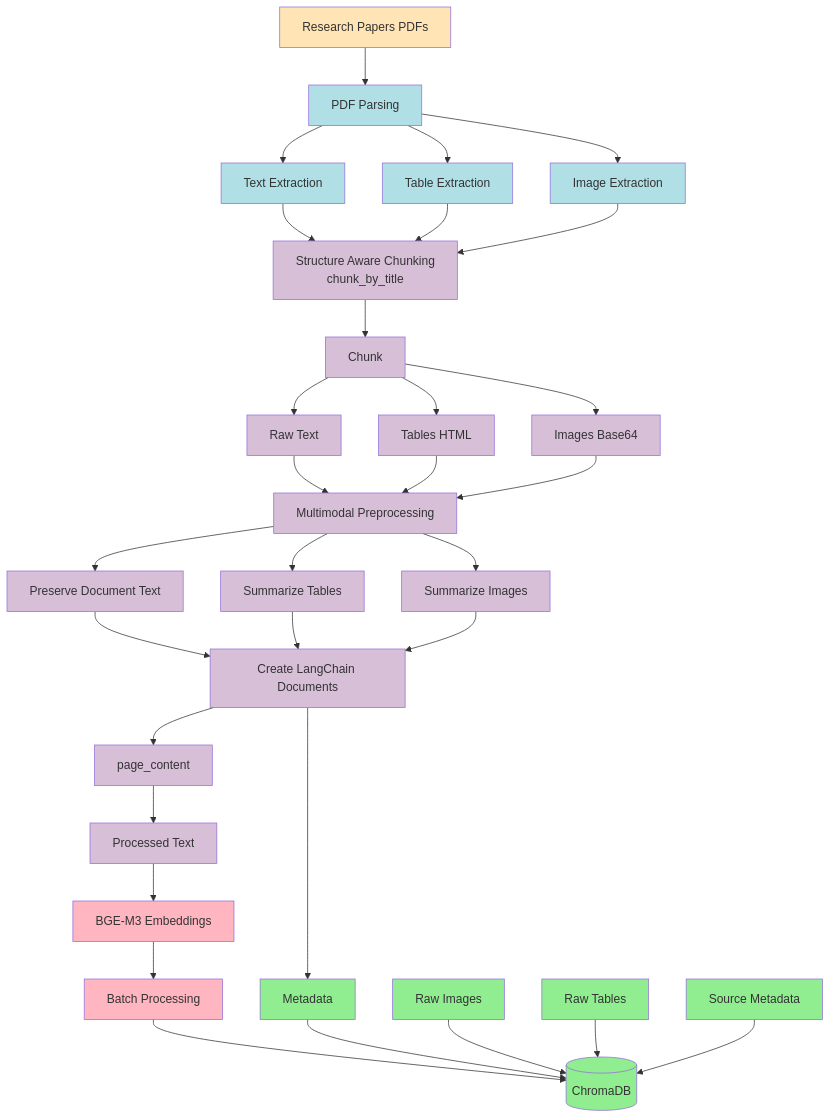
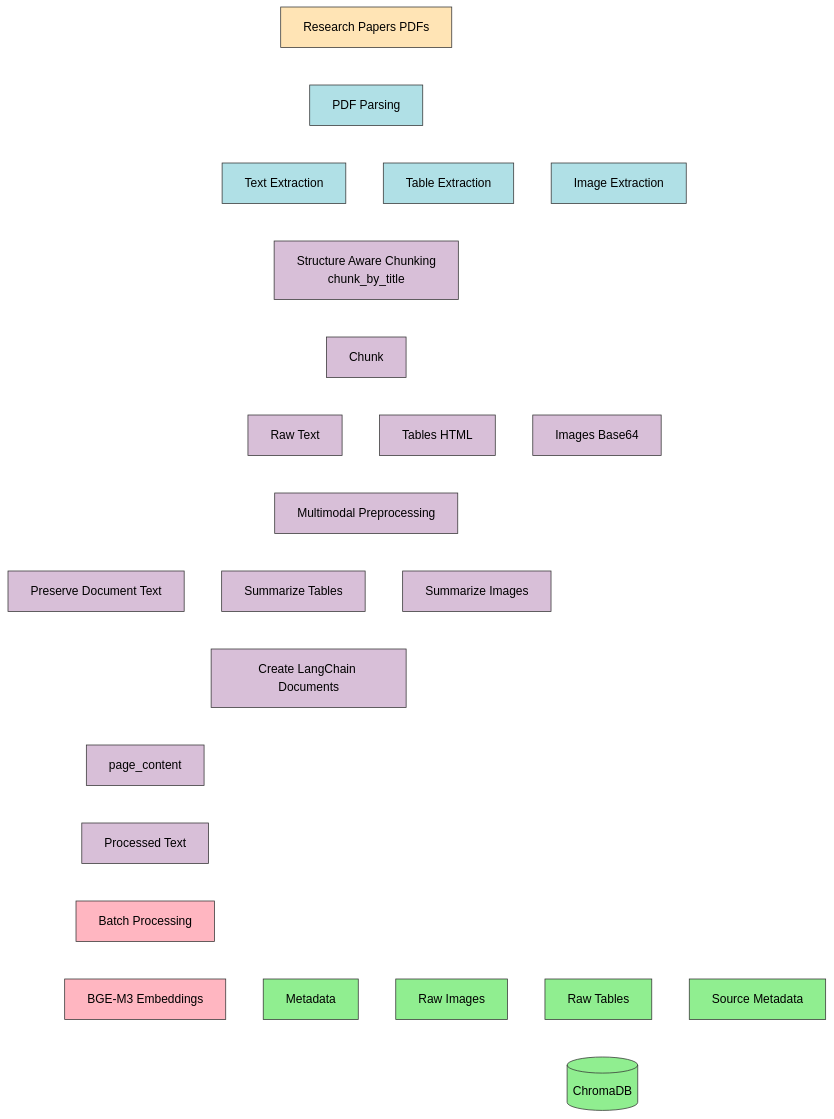
Before and after one commit to risvanthkm/spider_ml_task1: the first of 2 diagrams in applied_ml_domain/chatbot_code/README.md, drawn with Mermaid. The commit also changed other lines of this file and 2 other files, not shown here.

Commit message:
readme styling

````diff
--- a/applied_ml_domain/chatbot_code/README.md
+++ b/applied_ml_domain/chatbot_code/README.md
@@ -38,61 +38,72 @@
 ```mermaid
+%%{
+init: {
+'theme':'base',
+'themeVariables':{
+'lineColor':'#FFFFFF',
+'primaryBorderColor':'#FFFFFF',
+'primaryTextColor':'#000000'
+}
+}
+}%%
+
 flowchart TD
 
 A[Research Papers PDFs] --> B[PDF Parsing]
 
 B --> C1[Text Extraction]
 B --> C2[Table Extraction]
 B --> C3[Image Extraction]
 
 C1 --> D[Structure Aware Chunking<br/>chunk_by_title]
 C2 --> D
 C3 --> D
 
 D --> E[Chunk]
 
 E --> F1[Raw Text]
 E --> F2[Tables HTML]
 E --> F3[Images Base64]
 
 F1 --> G[Multimodal Preprocessing]
 F2 --> G
 F3 --> G
 
 G --> H1[Preserve Document Text]
 G --> H2[Summarize Tables]
 G --> H3[Summarize Images]
 
 H1 --> I[Create LangChain Documents]
 H2 --> I
 H3 --> I
 
 I --> J[Metadata]
 I --> S[page_content]
 
 S --> W[Processed Text]
 
-W --> K[BGE-M3 Embeddings]
+L --> K[BGE-M3 Embeddings]
 
-K --> L[Batch Processing]
+W --> L[Batch Processing]
 
-L --> M[(ChromaDB)]
+K --> M[(ChromaDB)]
 
 J --> M
 
 R1[Raw Images] --> M
 R2[Raw Tables] --> M
 R3[Source Metadata] --> M
 
-
-classDef source fill:#FFE4B5
-classDef extract fill:#B0E0E6
-classDef process fill:#D8BFD8
-classDef storage fill:#90EE90
-classDef embed fill:#FFB6C1
+linkStyle default stroke:#FFFFFF,stroke-width:2px
+classDef source fill:#FFE4B5,color:#000000,stroke:#333333
+classDef extract fill:#B0E0E6,color:#000000,stroke:#333333
+classDef process fill:#D8BFD8,color:#000000,stroke:#333333
+classDef storage fill:#90EE90,color:#000000,stroke:#333333
+classDef embed fill:#FFB6C1,color:#000000,stroke:#333333
 
 class A source
 class B,C1,C2,C3 extract
 class D,E,F1,F2,F3,G,H1,H2,H3,I,S,W process
 class K,L embed
 class M,R1,R2,R3,J storage
 ```
````
